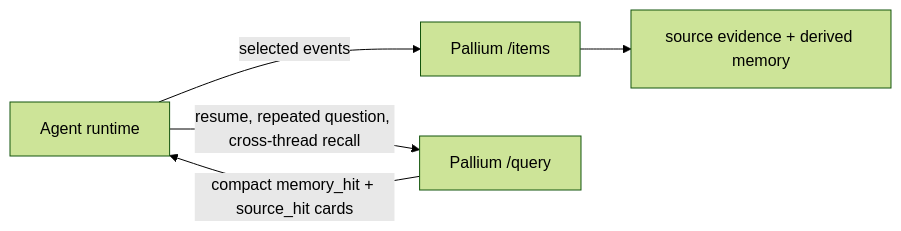
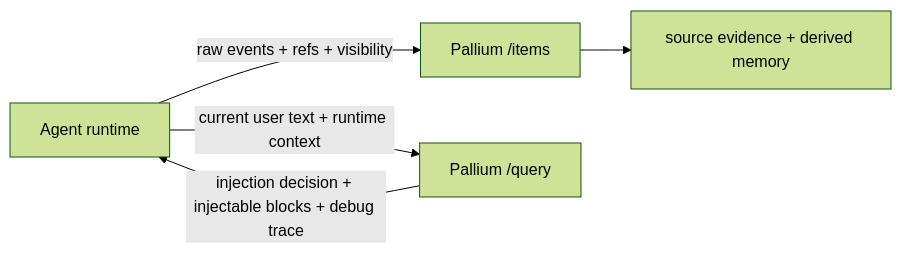
The diagram in docs/agent-integration.md (rore/Pallium), drawn with Mermaid (forest theme) before and after one commit. The commit also changed other lines of this file and 28 other files, not shown here.

Commit message:
Finish retention runtime and tighten agent contract

````diff
--- a/docs/agent-integration.md
+++ b/docs/agent-integration.md
@@ -11,7 +12,7 @@
 ```mermaid
 flowchart LR
-    A["Agent runtime"] -->|selected events| B["Pallium /items"]
+    A["Agent runtime"] -->|raw events + refs + visibility| B["Pallium /items"]
     B --> C["source evidence + derived memory"]
-    A -->|resume, repeated question, cross-thread recall| D["Pallium /query"]
-    D -->|compact memory_hit + source_hit cards| A
+    A -->|current user text + runtime context| D["Pallium /query"]
+    D -->|injection decision + injectable blocks + debug trace| A
 ```
````
